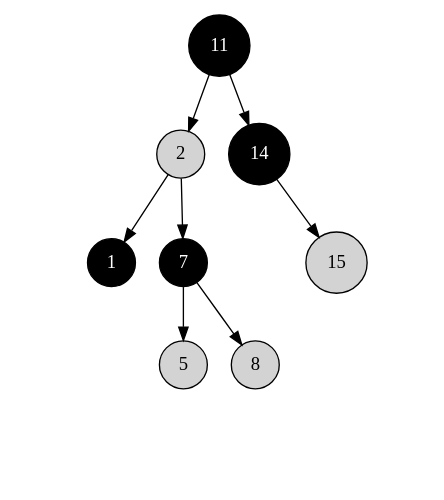
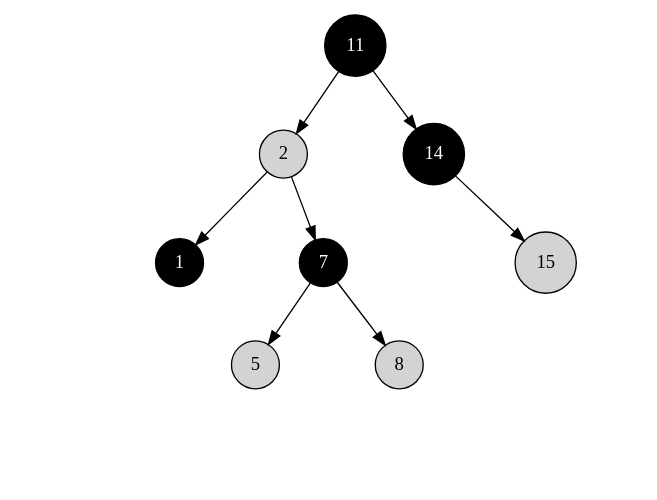
The diagram in algo/datastruct/tree/red-black-tree/img/clrs-fig.13.4.dot (liuxinyu95/AlgoXY), drawn with Graphviz before and after one commit. The commit also changed 1 other file, not shown here.

```diff
--- a/algo/datastruct/tree/red-black-tree/img/clrs-fig.13.4.dot
+++ b/algo/datastruct/tree/red-black-tree/img/clrs-fig.13.4.dot
@@ -1,44 +1,60 @@
 digraph G{
 	node[shape=circle]
 	a11[label="11", style=filled, fillcolor=black, fontcolor=white];
 	a2[label="2", style=filled, fillcolor=lightgray, fontcolor=black];
 	a1[label="1", style=filled, fillcolor=black, fontcolor=white];
 	nila1l[label="", style=invis];
 	nila1r[label="", style=invis];
+	nila1m[label="", style=invis];
 	a1->nila1l[style=invis];
+	a1->nila1m[style=invis];
 	a1->nila1r[style=invis];
-	{rank=same nila1l->nila1r[style=invis]}
+	{rank=same nila1l->nila1m->nila1r[style=invis]}
 	a7[label="7", style=filled, fillcolor=black, fontcolor=white];
 	a5[label="5", style=filled, fillcolor=lightgray, fontcolor=black];
 	nila5l[label="", style=invis];
 	nila5r[label="", style=invis];
+	nila5m[label="", style=invis];
 	a5->nila5l[style=invis];
+	a5->nila5m[style=invis];
 	a5->nila5r[style=invis];
-	{rank=same nila5l->nila5r[style=invis]}
+	{rank=same nila5l->nila5m->nila5r[style=invis]}
 	a8[label="8", style=filled, fillcolor=lightgray, fontcolor=black];
 	nila8l[label="", style=invis];
 	nila8r[label="", style=invis];
+	nila8m[label="", style=invis];
 	a8->nila8l[style=invis];
+	a8->nila8m[style=invis];
 	a8->nila8r[style=invis];
-	{rank=same nila8l->nila8r[style=invis]}
+	{rank=same nila8l->nila8m->nila8r[style=invis]}
+	nila7m[label="", style=invis];
 	a7->a5
+	a7->nila7m[style=invis];
 	a7->a8
-	{rank=same a5->a8[style=invis]}
+	{rank=same a5->nila7m->a8[style=invis]}
+	nila2m[label="", style=invis];
 	a2->a1
+	a2->nila2m[style=invis];
 	a2->a7
-	{rank=same a1->a7[style=invis]}
+	{rank=same a1->nila2m->a7[style=invis]}
 	a14[label="14", style=filled, fillcolor=black, fontcolor=white];
 	nila14l[label="", style=invis];
 	a15[label="15", style=filled, fillcolor=lightgray, fontcolor=black];
 	nila15l[label="", style=invis];
 	nila15r[label="", style=invis];
+	nila15m[label="", style=invis];
 	a15->nila15l[style=invis];
+	a15->nila15m[style=invis];
 	a15->nila15r[style=invis];
-	{rank=same nila15l->nila15r[style=invis]}
+	{rank=same nila15l->nila15m->nila15r[style=invis]}
+	nila14m[label="", style=invis];
 	a14->nila14l[style=invis];
+	a14->nila14m[style=invis];
 	a14->a15
-	{rank=same nila14l->a15[style=invis]}
+	{rank=same nila14l->nila14m->a15[style=invis]}
+	nila11m[label="", style=invis];
 	a11->a2
+	a11->nila11m[style=invis];
 	a11->a14
-	{rank=same a2->a14[style=invis]}
+	{rank=same a2->nila11m->a14[style=invis]}
 }
```
